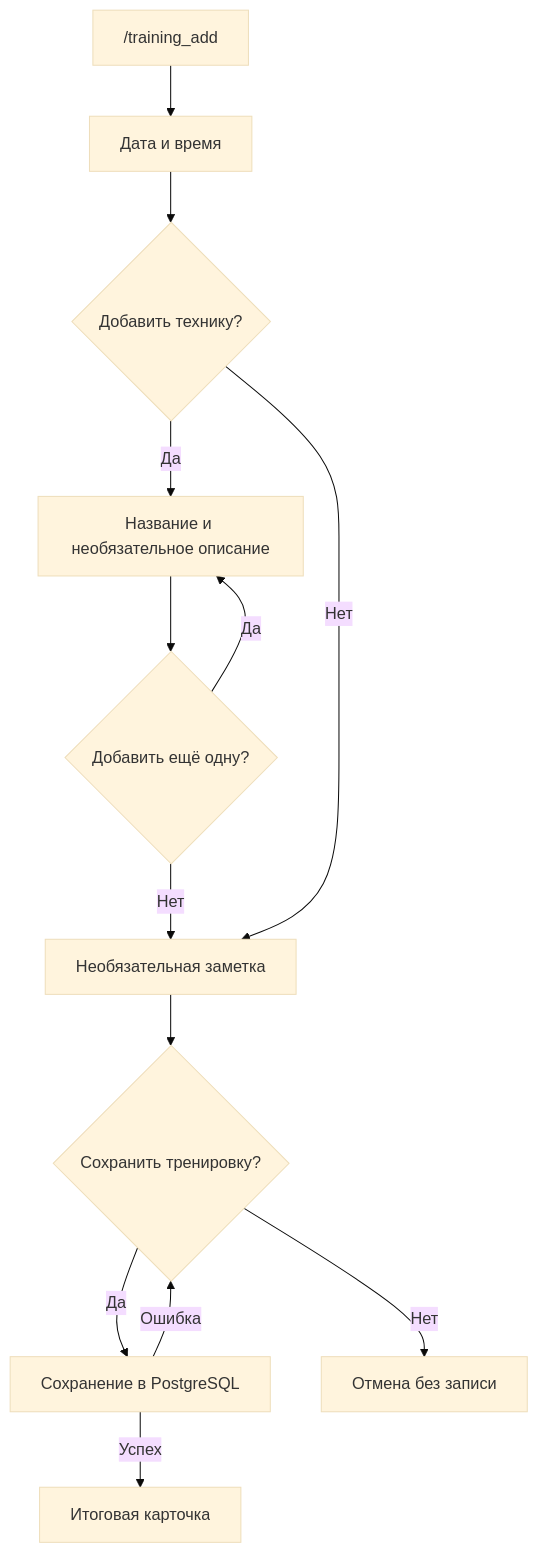
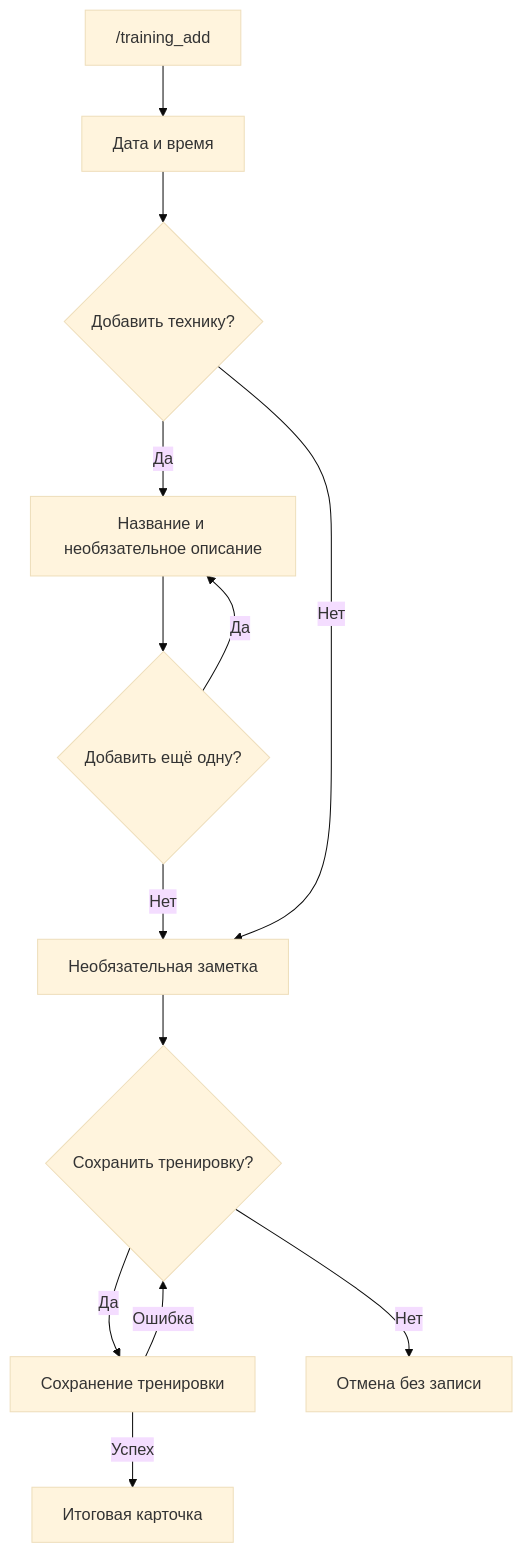
One commit to MaksimBidylo/morning_pilates_bot changed the first of 3 diagrams in docs/user-flows.md. Above: the diagram before and after it, drawn with Mermaid (base theme). The commit also changed other lines of this file and 4 other files, not shown here.

````diff
--- a/docs/user-flows.md
+++ b/docs/user-flows.md
@@ -45,15 +37,15 @@
 ```mermaid
 flowchart TD
     A["/training_add"] --> B["Дата и время"]
     B --> C{"Добавить технику?"}
     C -->|Да| D["Название и необязательное описание"]
     D --> E{"Добавить ещё одну?"}
     E -->|Да| D
     E -->|Нет| F["Необязательная заметка"]
     C -->|Нет| F
     F --> G{"Сохранить тренировку?"}
-    G -->|Да| H["Сохранение в PostgreSQL"]
+    G -->|Да| H["Сохранение тренировки"]
     G -->|Нет| I["Отмена без записи"]
     H -->|Успех| J["Итоговая карточка"]
     H -->|Ошибка| G
 ```
````
